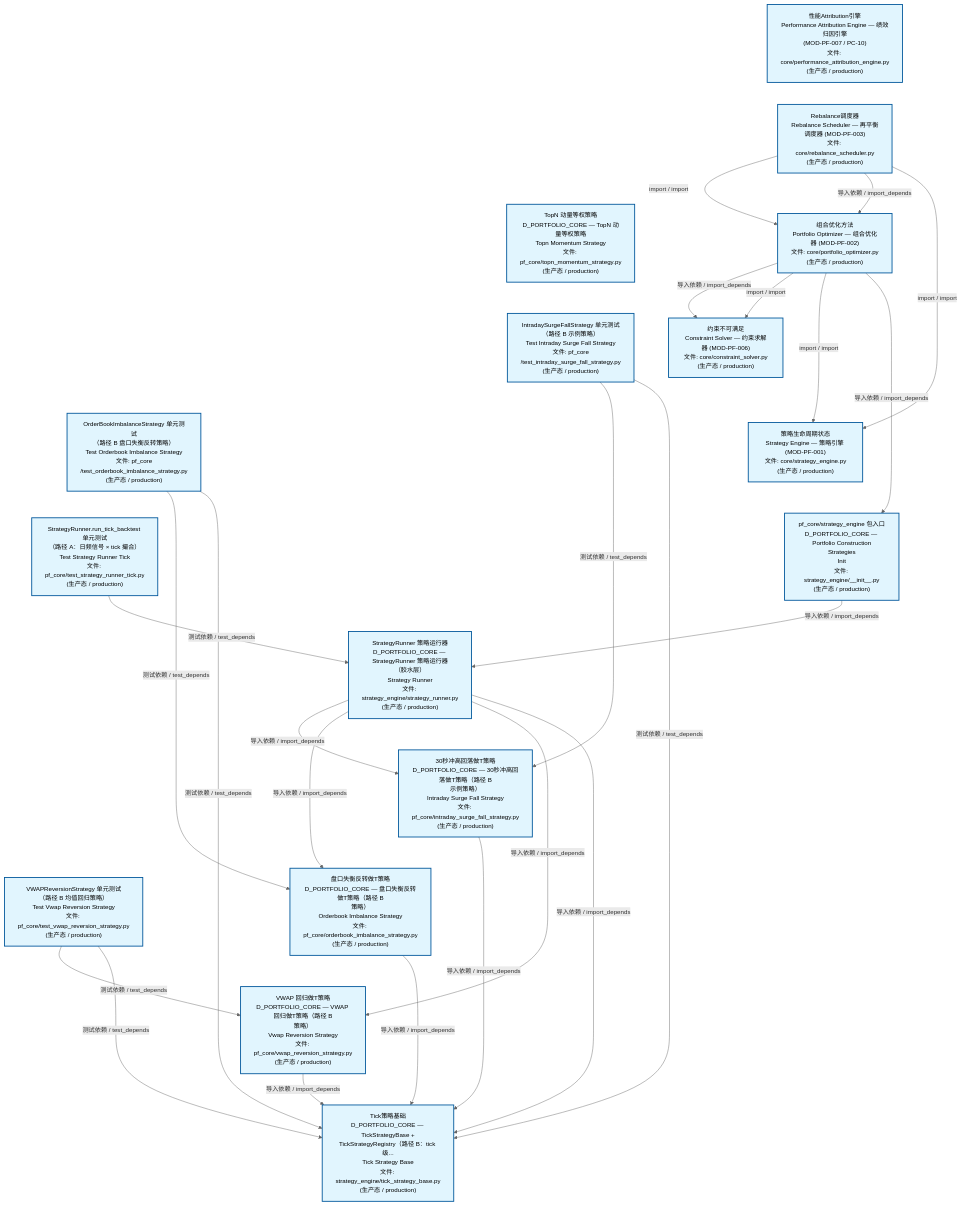
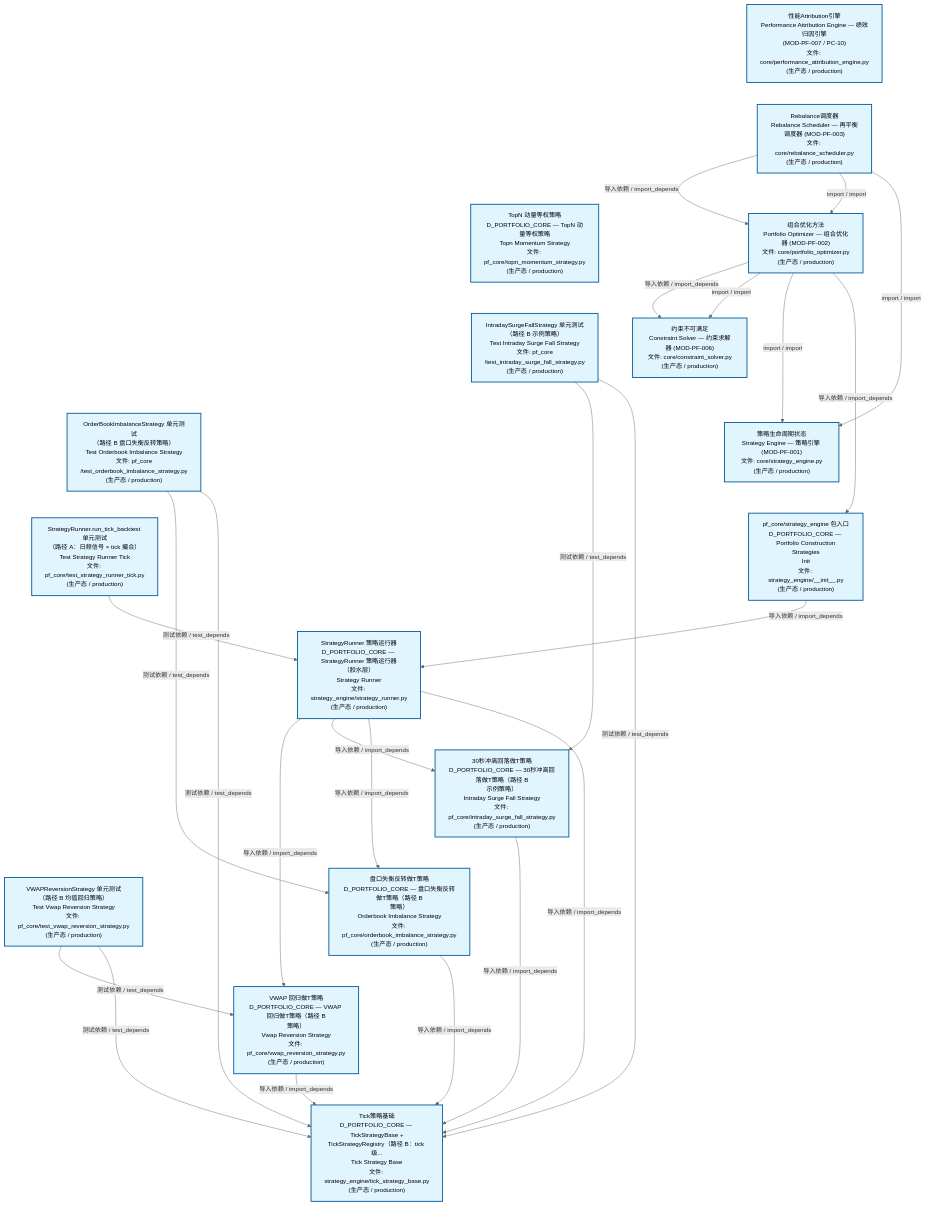
Before and after one commit to xuanFelixVan/ZephyrAlpha: the second of 3 diagrams in docs/02_enterprise_architecture/02_domain_architecture_docs/63_d_pf_core.md, drawn with Mermaid. The commit also changed other lines of this file and 46 other files, not shown here.

````diff
--- a/docs/02_enterprise_architecture/02_domain_architecture_docs/63_d_pf_core.md
+++ b/docs/02_enterprise_architecture/02_domain_architecture_docs/63_d_pf_core.md
@@ -140,57 +140,57 @@
 ```mermaid
 %%{init: {'theme': 'base', 'themeVariables': {'primaryColor': '#eaeaea', 'primaryTextColor': '#333333', 'primaryBorderColor': '#666666', 'lineColor': '#666666', 'secondaryColor': '#eaeaea', 'tertiaryColor': '#eaeaea', 'fontSize': '14px'}}}%%
 flowchart TD
     src_zephyr_pf_core_core_performance_attribution_engine_py["性能Attribution引擎<br/>Performance Attribution Engine — 绩效归因引擎<br/>(MOD-PF-007 / PC-10)<br/>文件: core/performance_attribution_engine.py<br/>(生产态 / production)"]
     src_zephyr_pf_core_core_rebalance_scheduler_py["Rebalance调度器<br/>Rebalance Scheduler — 再平衡调度器 (MOD-PF-003)<br/>文件: core/rebalance_scheduler.py<br/>(生产态 / production)"]
     src_zephyr_pf_core_topn_momentum_strategy_py["TopN 动量等权策略<br/>D_PORTFOLIO_CORE — TopN 动量等权策略<br/>Topn Momentum Strategy<br/>文件: pf_core/topn_momentum_strategy.py<br/>(生产态 / production)"]
     tests_pf_core_test_intraday_surge_fall_strategy_py["IntradaySurgeFallStrategy 单元测试<br/>（路径 B 示例策略）<br/>Test Intraday Surge Fall Strategy<br/>文件: pf_core<br/>/test_intraday_surge_fall_strategy.py<br/>(生产态 / production)"]
     tests_pf_core_test_orderbook_imbalance_strategy_py["OrderBookImbalanceStrategy 单元测试<br/>（路径 B 盘口失衡反转策略）<br/>Test Orderbook Imbalance Strategy<br/>文件: pf_core<br/>/test_orderbook_imbalance_strategy.py<br/>(生产态 / production)"]
     tests_pf_core_test_strategy_runner_tick_py["StrategyRunner.run_tick_backtest 单元测试<br/>（路径 A：日频信号 × tick 撮合）<br/>Test Strategy Runner Tick<br/>文件: pf_core/test_strategy_runner_tick.py<br/>(生产态 / production)"]
     tests_pf_core_test_vwap_reversion_strategy_py["VWAPReversionStrategy 单元测试<br/>（路径 B 均值回归策略）<br/>Test Vwap Reversion Strategy<br/>文件: pf_core/test_vwap_reversion_strategy.py<br/>(生产态 / production)"]
     src_zephyr_pf_core_core_performance_attribution_engine_py ~~~ src_zephyr_pf_core_core_rebalance_scheduler_py
     src_zephyr_pf_core_core_rebalance_scheduler_py ~~~ src_zephyr_pf_core_topn_momentum_strategy_py
     src_zephyr_pf_core_topn_momentum_strategy_py ~~~ tests_pf_core_test_intraday_surge_fall_strategy_py
     tests_pf_core_test_intraday_surge_fall_strategy_py ~~~ tests_pf_core_test_orderbook_imbalance_strategy_py
     tests_pf_core_test_orderbook_imbalance_strategy_py ~~~ tests_pf_core_test_strategy_runner_tick_py
     tests_pf_core_test_strategy_runner_tick_py ~~~ tests_pf_core_test_vwap_reversion_strategy_py
     src_zephyr_pf_core_core_portfolio_optimizer_py["组合优化方法<br/>Portfolio Optimizer — 组合优化器 (MOD-PF-002)<br/>文件: core/portfolio_optimizer.py<br/>(生产态 / production)"]
     src_zephyr_pf_core_core_constraint_solver_py["约束不可满足<br/>Constraint Solver — 约束求解器 (MOD-PF-006)<br/>文件: core/constraint_solver.py<br/>(生产态 / production)"]
     src_zephyr_pf_core_core_strategy_engine_py["策略生命周期状态<br/>Strategy Engine — 策略引擎 (MOD-PF-001)<br/>文件: core/strategy_engine.py<br/>(生产态 / production)"]
     src_zephyr_pf_core_strategy_engine_init_py["pf_core/strategy_engine 包入口<br/>D_PORTFOLIO_CORE — Portfolio Construction<br/>Strategies<br/>Init<br/>文件: strategy_engine/__init__.py<br/>(生产态 / production)"]
     src_zephyr_pf_core_core_constraint_solver_py ~~~ src_zephyr_pf_core_core_strategy_engine_py
     src_zephyr_pf_core_core_strategy_engine_py ~~~ src_zephyr_pf_core_strategy_engine_init_py
     src_zephyr_pf_core_strategy_engine_strategy_runner_py["StrategyRunner 策略运行器<br/>D_PORTFOLIO_CORE — StrategyRunner 策略运行器<br/>（胶水层）<br/>Strategy Runner<br/>文件: strategy_engine/strategy_runner.py<br/>(生产态 / production)"]
     src_zephyr_pf_core_intraday_surge_fall_strategy_py["30秒冲高回落做T策略<br/>D_PORTFOLIO_CORE — 30秒冲高回落做T策略（路径 B<br/>示例策略）<br/>Intraday Surge Fall Strategy<br/>文件: pf_core/intraday_surge_fall_strategy.py<br/>(生产态 / production)"]
     src_zephyr_pf_core_orderbook_imbalance_strategy_py["盘口失衡反转做T策略<br/>D_PORTFOLIO_CORE — 盘口失衡反转做T策略（路径 B<br/>策略）<br/>Orderbook Imbalance Strategy<br/>文件: pf_core/orderbook_imbalance_strategy.py<br/>(生产态 / production)"]
     src_zephyr_pf_core_vwap_reversion_strategy_py["VWAP 回归做T策略<br/>D_PORTFOLIO_CORE — VWAP 回归做T策略（路径 B<br/>策略）<br/>Vwap Reversion Strategy<br/>文件: pf_core/vwap_reversion_strategy.py<br/>(生产态 / production)"]
     src_zephyr_pf_core_intraday_surge_fall_strategy_py ~~~ src_zephyr_pf_core_orderbook_imbalance_strategy_py
     src_zephyr_pf_core_orderbook_imbalance_strategy_py ~~~ src_zephyr_pf_core_vwap_reversion_strategy_py
     src_zephyr_pf_core_strategy_engine_tick_strategy_base_py["Tick策略基础<br/>D_PORTFOLIO_CORE — TickStrategyBase +<br/>TickStrategyRegistry（路径 B：tick 级...<br/>Tick Strategy Base<br/>文件: strategy_engine/tick_strategy_base.py<br/>(生产态 / production)"]
+    src_zephyr_pf_core_vwap_reversion_strategy_py -->|导入依赖 / import_depends| src_zephyr_pf_core_strategy_engine_tick_strategy_base_py
     src_zephyr_pf_core_intraday_surge_fall_strategy_py -->|导入依赖 / import_depends| src_zephyr_pf_core_strategy_engine_tick_strategy_base_py
     src_zephyr_pf_core_orderbook_imbalance_strategy_py -->|导入依赖 / import_depends| src_zephyr_pf_core_strategy_engine_tick_strategy_base_py
-    src_zephyr_pf_core_vwap_reversion_strategy_py -->|导入依赖 / import_depends| src_zephyr_pf_core_strategy_engine_tick_strategy_base_py
+    src_zephyr_pf_core_core_rebalance_scheduler_py -->|导入依赖 / import_depends| src_zephyr_pf_core_core_portfolio_optimizer_py
+    src_zephyr_pf_core_core_rebalance_scheduler_py -->|import / import| src_zephyr_pf_core_core_portfolio_optimizer_py
+    src_zephyr_pf_core_core_rebalance_scheduler_py -->|import / import| src_zephyr_pf_core_core_strategy_engine_py
     src_zephyr_pf_core_core_portfolio_optimizer_py -->|导入依赖 / import_depends| src_zephyr_pf_core_core_constraint_solver_py
     src_zephyr_pf_core_core_portfolio_optimizer_py -->|import / import| src_zephyr_pf_core_core_constraint_solver_py
     src_zephyr_pf_core_core_portfolio_optimizer_py -->|import / import| src_zephyr_pf_core_core_strategy_engine_py
     src_zephyr_pf_core_core_portfolio_optimizer_py -->|导入依赖 / import_depends| src_zephyr_pf_core_strategy_engine_init_py
-    src_zephyr_pf_core_core_rebalance_scheduler_py -->|import / import| src_zephyr_pf_core_core_portfolio_optimizer_py
-    src_zephyr_pf_core_core_rebalance_scheduler_py -->|导入依赖 / import_depends| src_zephyr_pf_core_core_portfolio_optimizer_py
-    src_zephyr_pf_core_core_rebalance_scheduler_py -->|import / import| src_zephyr_pf_core_core_strategy_engine_py
+    src_zephyr_pf_core_strategy_engine_strategy_runner_py -->|导入依赖 / import_depends| src_zephyr_pf_core_vwap_reversion_strategy_py
     src_zephyr_pf_core_strategy_engine_strategy_runner_py -->|导入依赖 / import_depends| src_zephyr_pf_core_intraday_surge_fall_strategy_py
     src_zephyr_pf_core_strategy_engine_strategy_runner_py -->|导入依赖 / import_depends| src_zephyr_pf_core_orderbook_imbalance_strategy_py
-    src_zephyr_pf_core_strategy_engine_strategy_runner_py -->|导入依赖 / import_depends| src_zephyr_pf_core_vwap_reversion_strategy_py
     src_zephyr_pf_core_strategy_engine_strategy_runner_py -->|导入依赖 / import_depends| src_zephyr_pf_core_strategy_engine_tick_strategy_base_py
     src_zephyr_pf_core_strategy_engine_init_py -->|导入依赖 / import_depends| src_zephyr_pf_core_strategy_engine_strategy_runner_py
     tests_pf_core_test_orderbook_imbalance_strategy_py -->|测试依赖 / test_depends| src_zephyr_pf_core_orderbook_imbalance_strategy_py
     tests_pf_core_test_orderbook_imbalance_strategy_py -->|测试依赖 / test_depends| src_zephyr_pf_core_strategy_engine_tick_strategy_base_py
     tests_pf_core_test_intraday_surge_fall_strategy_py -->|测试依赖 / test_depends| src_zephyr_pf_core_intraday_surge_fall_strategy_py
     tests_pf_core_test_intraday_surge_fall_strategy_py -->|测试依赖 / test_depends| src_zephyr_pf_core_strategy_engine_tick_strategy_base_py
     tests_pf_core_test_vwap_reversion_strategy_py -->|测试依赖 / test_depends| src_zephyr_pf_core_vwap_reversion_strategy_py
     tests_pf_core_test_vwap_reversion_strategy_py -->|测试依赖 / test_depends| src_zephyr_pf_core_strategy_engine_tick_strategy_base_py
     tests_pf_core_test_strategy_runner_tick_py -->|测试依赖 / test_depends| src_zephyr_pf_core_strategy_engine_strategy_runner_py
     classDef production fill:#e1f5fe,stroke:#01579b,stroke-width:2px,color:#000
     classDef design fill:#fff3e0,stroke:#e65100,stroke-width:2px,color:#000,stroke-dasharray: 5 5
     classDef external_prod fill:#e8f4fd,stroke:#0277bd,stroke-width:1px,color:#000
     classDef external_design fill:#fff8e7,stroke:#ef6c00,stroke-width:1px,color:#000,stroke-dasharray: 5 5
     class src_zephyr_pf_core_core_constraint_solver_py,src_zephyr_pf_core_core_performance_attribution_engine_py,src_zephyr_pf_core_core_portfolio_optimizer_py,src_zephyr_pf_core_core_rebalance_scheduler_py,src_zephyr_pf_core_core_strategy_engine_py,src_zephyr_pf_core_intraday_surge_fall_strategy_py,src_zephyr_pf_core_orderbook_imbalance_strategy_py,src_zephyr_pf_core_strategy_engine_init_py,src_zephyr_pf_core_strategy_engine_strategy_runner_py,src_zephyr_pf_core_strategy_engine_tick_strategy_base_py,src_zephyr_pf_core_topn_momentum_strategy_py,src_zephyr_pf_core_vwap_reversion_strategy_py,tests_pf_core_test_intraday_surge_fall_strategy_py,tests_pf_core_test_orderbook_imbalance_strategy_py,tests_pf_core_test_strategy_runner_tick_py,tests_pf_core_test_vwap_reversion_strategy_py production
 ```
````
